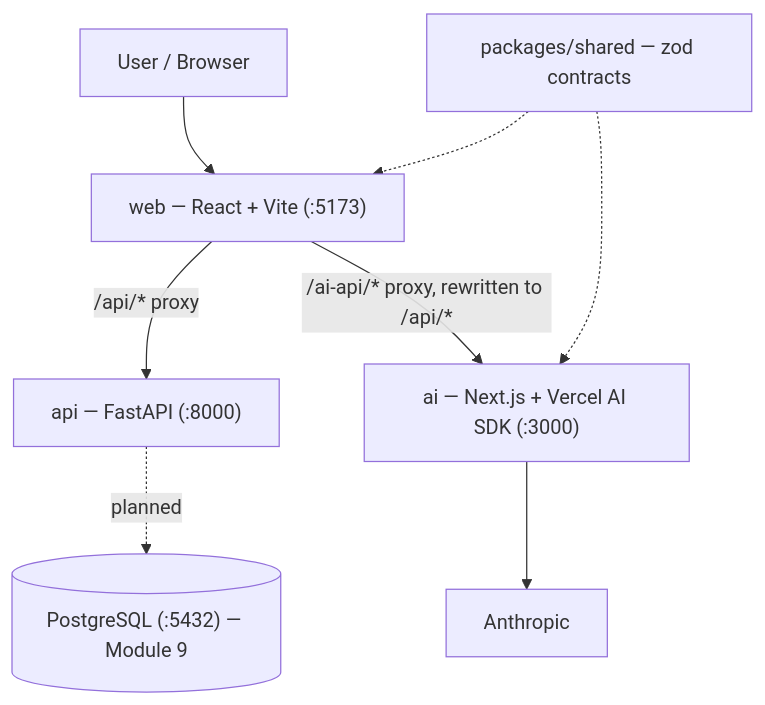
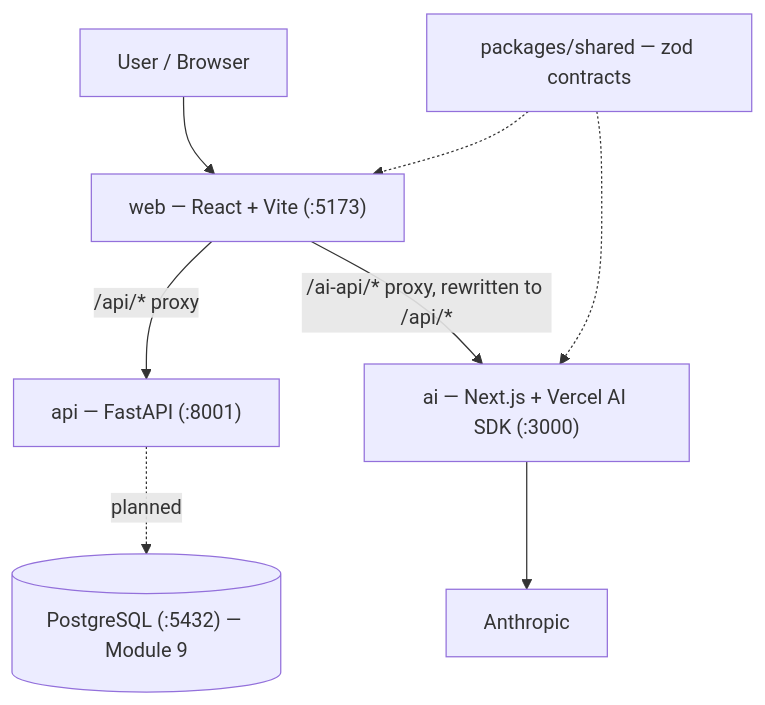
The diagram in docs/architecture/overview.md (kpark93/note2action), drawn with Mermaid before and after one commit. The commit also changed 8 other files, not shown here.

````diff
--- a/docs/architecture/overview.md
+++ b/docs/architecture/overview.md
@@ -6,20 +6,20 @@
 ```mermaid
 flowchart TD
     Browser[User / Browser]
 
     Web["web — React + Vite (:5173)"]
-    API["api — FastAPI (:8000)"]
+    API["api — FastAPI (:8001)"]
     AI["ai — Next.js + Vercel AI SDK (:3000)"]
     DB[("PostgreSQL (:5432) — Module 9")]
     LLM[Anthropic]
     Shared["packages/shared — zod contracts"]
 
     Browser --> Web
     Web -->|"/api/* proxy"| API
     Web -->|"/ai-api/* proxy, rewritten to /api/*"| AI
     API -.->|planned| DB
     AI --> LLM
 
     Shared -.-> Web
     Shared -.-> AI
 ```
````
